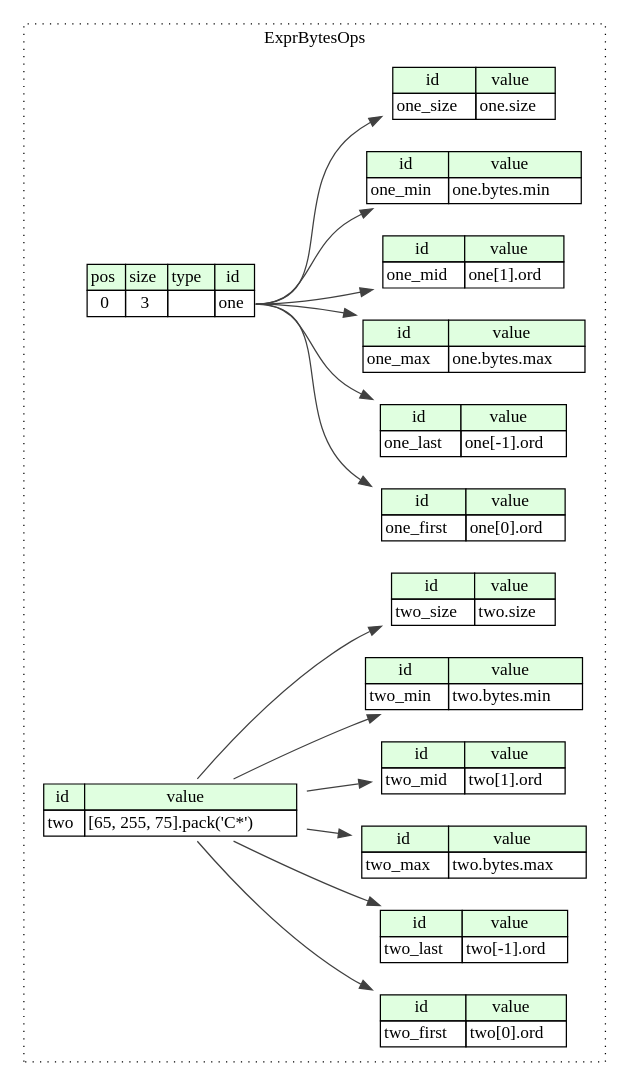
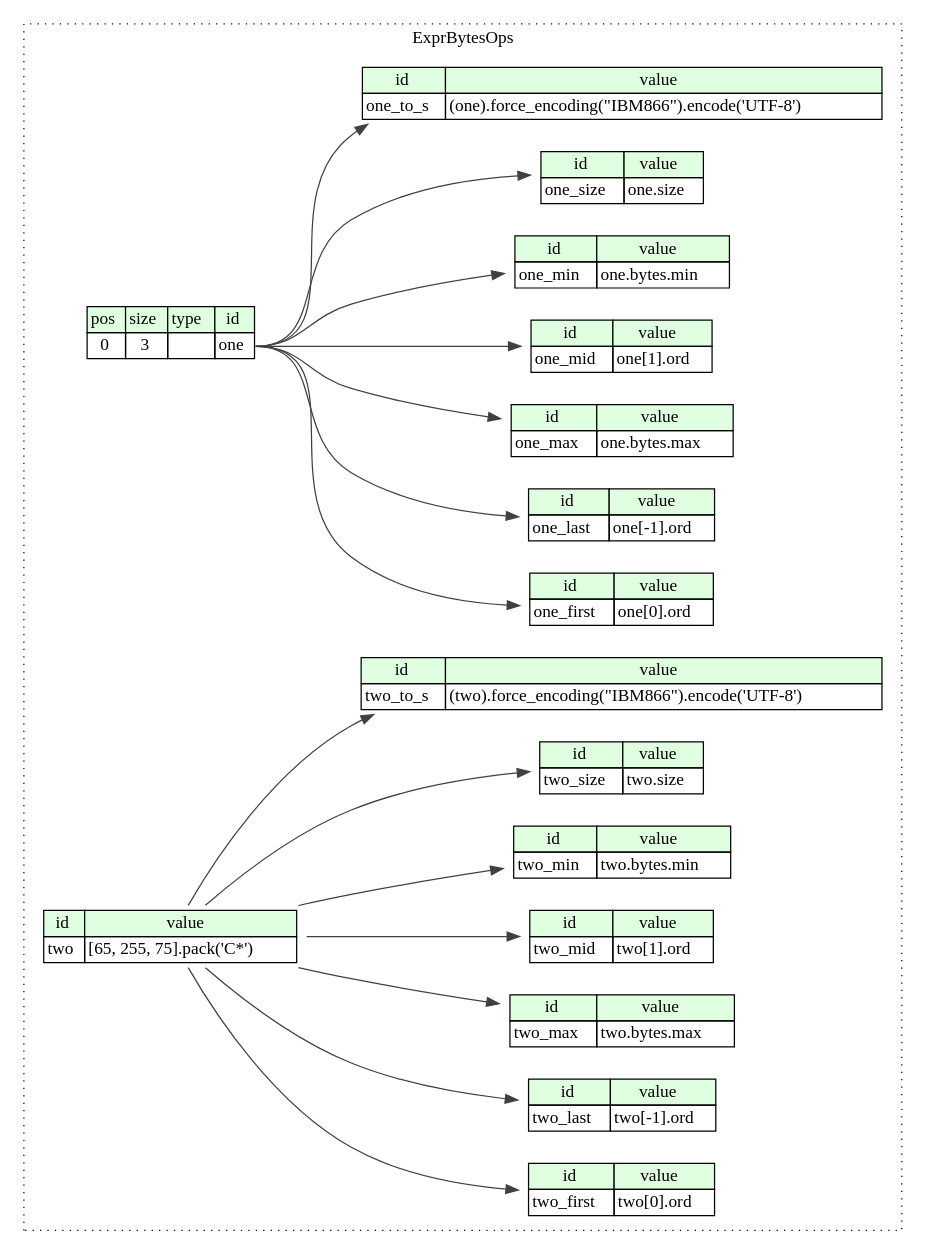
One commit to kaitai-io/ci_targets changed the diagram in compiled/graphviz/expr_bytes_ops.dot. Above: the diagram before and after it, drawn with Graphviz. The commit also changed 17 other files, not shown here.

```diff
--- a/compiled/graphviz/expr_bytes_ops.dot
+++ b/compiled/graphviz/expr_bytes_ops.dot
@@ -1,77 +1,87 @@
 digraph {
 	rankdir=LR;
 	node [shape=plaintext];
 	subgraph cluster__expr_bytes_ops {
 		label="ExprBytesOps";
 		graph[style=dotted];
 
 		expr_bytes_ops__seq [label=<<TABLE BORDER="0" CELLBORDER="1" CELLSPACING="0">
 			<TR><TD BGCOLOR="#E0FFE0">pos</TD><TD BGCOLOR="#E0FFE0">size</TD><TD BGCOLOR="#E0FFE0">type</TD><TD BGCOLOR="#E0FFE0">id</TD></TR>
 			<TR><TD PORT="one_pos">0</TD><TD PORT="one_size">3</TD><TD></TD><TD PORT="one_type">one</TD></TR>
 		</TABLE>>];
 		expr_bytes_ops__inst__one_first [label=<<TABLE BORDER="0" CELLBORDER="1" CELLSPACING="0">
 			<TR><TD BGCOLOR="#E0FFE0">id</TD><TD BGCOLOR="#E0FFE0">value</TD></TR>
 			<TR><TD>one_first</TD><TD>one[0].ord</TD></TR>
 		</TABLE>>];
 		expr_bytes_ops__inst__one_last [label=<<TABLE BORDER="0" CELLBORDER="1" CELLSPACING="0">
 			<TR><TD BGCOLOR="#E0FFE0">id</TD><TD BGCOLOR="#E0FFE0">value</TD></TR>
 			<TR><TD>one_last</TD><TD>one[-1].ord</TD></TR>
 		</TABLE>>];
 		expr_bytes_ops__inst__one_max [label=<<TABLE BORDER="0" CELLBORDER="1" CELLSPACING="0">
 			<TR><TD BGCOLOR="#E0FFE0">id</TD><TD BGCOLOR="#E0FFE0">value</TD></TR>
 			<TR><TD>one_max</TD><TD>one.bytes.max</TD></TR>
 		</TABLE>>];
 		expr_bytes_ops__inst__one_mid [label=<<TABLE BORDER="0" CELLBORDER="1" CELLSPACING="0">
 			<TR><TD BGCOLOR="#E0FFE0">id</TD><TD BGCOLOR="#E0FFE0">value</TD></TR>
 			<TR><TD>one_mid</TD><TD>one[1].ord</TD></TR>
 		</TABLE>>];
 		expr_bytes_ops__inst__one_min [label=<<TABLE BORDER="0" CELLBORDER="1" CELLSPACING="0">
 			<TR><TD BGCOLOR="#E0FFE0">id</TD><TD BGCOLOR="#E0FFE0">value</TD></TR>
 			<TR><TD>one_min</TD><TD>one.bytes.min</TD></TR>
 		</TABLE>>];
 		expr_bytes_ops__inst__one_size [label=<<TABLE BORDER="0" CELLBORDER="1" CELLSPACING="0">
 			<TR><TD BGCOLOR="#E0FFE0">id</TD><TD BGCOLOR="#E0FFE0">value</TD></TR>
 			<TR><TD>one_size</TD><TD>one.size</TD></TR>
 		</TABLE>>];
+		expr_bytes_ops__inst__one_to_s [label=<<TABLE BORDER="0" CELLBORDER="1" CELLSPACING="0">
+			<TR><TD BGCOLOR="#E0FFE0">id</TD><TD BGCOLOR="#E0FFE0">value</TD></TR>
+			<TR><TD>one_to_s</TD><TD>(one).force_encoding(&quot;IBM866&quot;).encode('UTF-8')</TD></TR>
+		</TABLE>>];
 		expr_bytes_ops__inst__two [label=<<TABLE BORDER="0" CELLBORDER="1" CELLSPACING="0">
 			<TR><TD BGCOLOR="#E0FFE0">id</TD><TD BGCOLOR="#E0FFE0">value</TD></TR>
 			<TR><TD>two</TD><TD>[65, 255, 75].pack('C*')</TD></TR>
 		</TABLE>>];
 		expr_bytes_ops__inst__two_first [label=<<TABLE BORDER="0" CELLBORDER="1" CELLSPACING="0">
 			<TR><TD BGCOLOR="#E0FFE0">id</TD><TD BGCOLOR="#E0FFE0">value</TD></TR>
 			<TR><TD>two_first</TD><TD>two[0].ord</TD></TR>
 		</TABLE>>];
 		expr_bytes_ops__inst__two_last [label=<<TABLE BORDER="0" CELLBORDER="1" CELLSPACING="0">
 			<TR><TD BGCOLOR="#E0FFE0">id</TD><TD BGCOLOR="#E0FFE0">value</TD></TR>
 			<TR><TD>two_last</TD><TD>two[-1].ord</TD></TR>
 		</TABLE>>];
 		expr_bytes_ops__inst__two_max [label=<<TABLE BORDER="0" CELLBORDER="1" CELLSPACING="0">
 			<TR><TD BGCOLOR="#E0FFE0">id</TD><TD BGCOLOR="#E0FFE0">value</TD></TR>
 			<TR><TD>two_max</TD><TD>two.bytes.max</TD></TR>
 		</TABLE>>];
 		expr_bytes_ops__inst__two_mid [label=<<TABLE BORDER="0" CELLBORDER="1" CELLSPACING="0">
 			<TR><TD BGCOLOR="#E0FFE0">id</TD><TD BGCOLOR="#E0FFE0">value</TD></TR>
 			<TR><TD>two_mid</TD><TD>two[1].ord</TD></TR>
 		</TABLE>>];
 		expr_bytes_ops__inst__two_min [label=<<TABLE BORDER="0" CELLBORDER="1" CELLSPACING="0">
 			<TR><TD BGCOLOR="#E0FFE0">id</TD><TD BGCOLOR="#E0FFE0">value</TD></TR>
 			<TR><TD>two_min</TD><TD>two.bytes.min</TD></TR>
 		</TABLE>>];
 		expr_bytes_ops__inst__two_size [label=<<TABLE BORDER="0" CELLBORDER="1" CELLSPACING="0">
 			<TR><TD BGCOLOR="#E0FFE0">id</TD><TD BGCOLOR="#E0FFE0">value</TD></TR>
 			<TR><TD>two_size</TD><TD>two.size</TD></TR>
 		</TABLE>>];
+		expr_bytes_ops__inst__two_to_s [label=<<TABLE BORDER="0" CELLBORDER="1" CELLSPACING="0">
+			<TR><TD BGCOLOR="#E0FFE0">id</TD><TD BGCOLOR="#E0FFE0">value</TD></TR>
+			<TR><TD>two_to_s</TD><TD>(two).force_encoding(&quot;IBM866&quot;).encode('UTF-8')</TD></TR>
+		</TABLE>>];
 	}
 	expr_bytes_ops__seq:one_type -> expr_bytes_ops__inst__one_first [color="#404040"];
 	expr_bytes_ops__seq:one_type -> expr_bytes_ops__inst__one_last [color="#404040"];
 	expr_bytes_ops__seq:one_type -> expr_bytes_ops__inst__one_max [color="#404040"];
 	expr_bytes_ops__seq:one_type -> expr_bytes_ops__inst__one_mid [color="#404040"];
 	expr_bytes_ops__seq:one_type -> expr_bytes_ops__inst__one_min [color="#404040"];
 	expr_bytes_ops__seq:one_type -> expr_bytes_ops__inst__one_size [color="#404040"];
+	expr_bytes_ops__seq:one_type -> expr_bytes_ops__inst__one_to_s [color="#404040"];
 	expr_bytes_ops__inst__two:two_type -> expr_bytes_ops__inst__two_first [color="#404040"];
 	expr_bytes_ops__inst__two:two_type -> expr_bytes_ops__inst__two_last [color="#404040"];
 	expr_bytes_ops__inst__two:two_type -> expr_bytes_ops__inst__two_max [color="#404040"];
 	expr_bytes_ops__inst__two:two_type -> expr_bytes_ops__inst__two_mid [color="#404040"];
 	expr_bytes_ops__inst__two:two_type -> expr_bytes_ops__inst__two_min [color="#404040"];
 	expr_bytes_ops__inst__two:two_type -> expr_bytes_ops__inst__two_size [color="#404040"];
+	expr_bytes_ops__inst__two:two_type -> expr_bytes_ops__inst__two_to_s [color="#404040"];
 }
```
